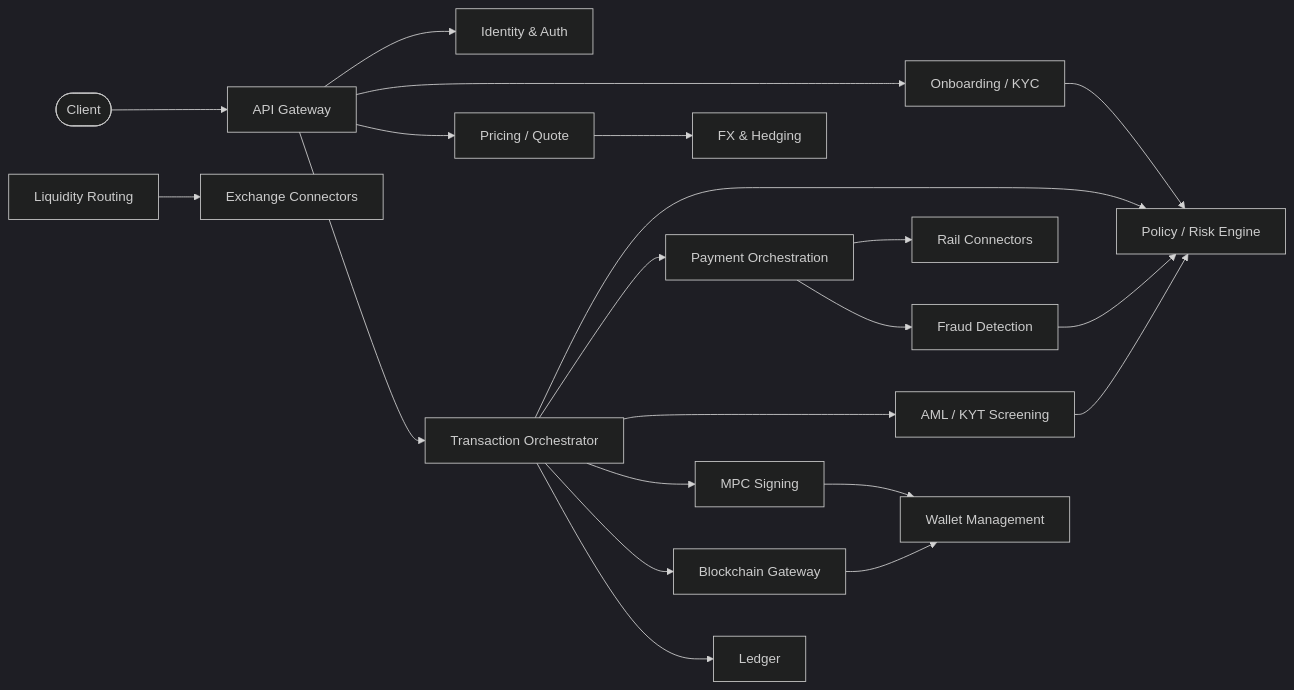
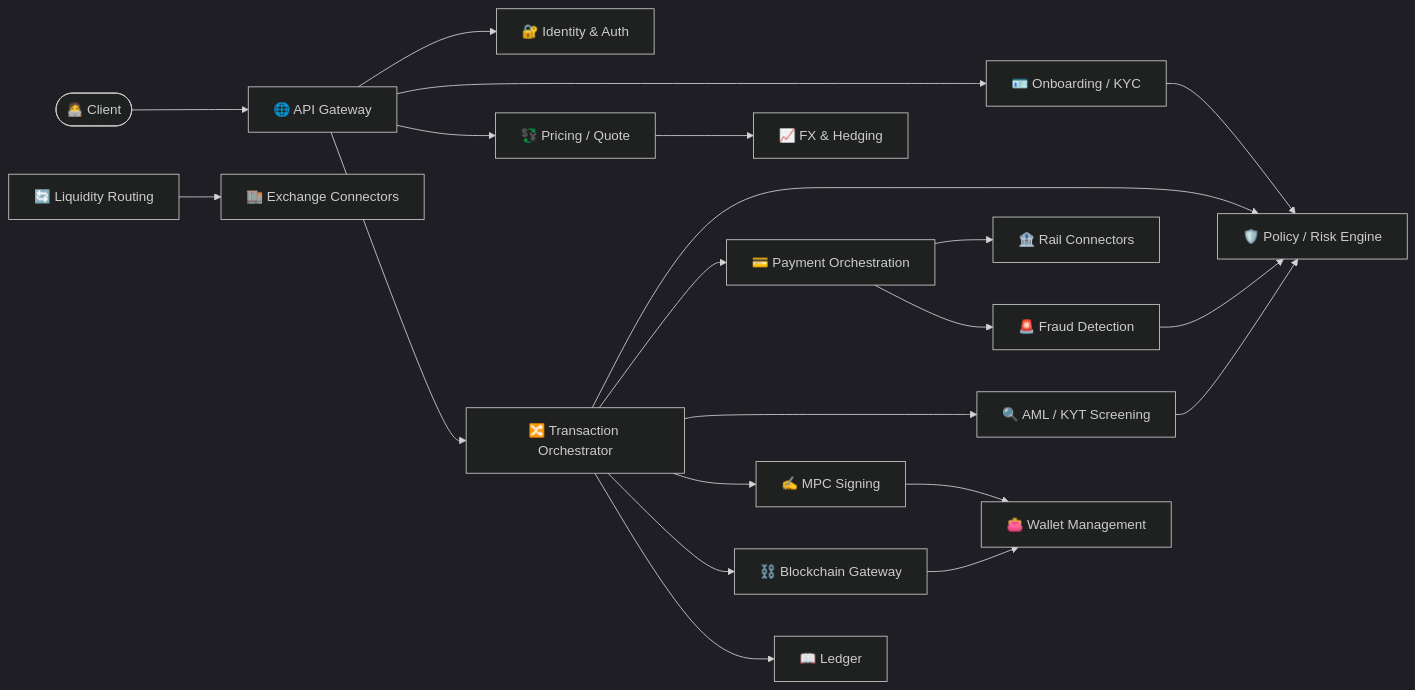
One commit to ai-crypto-onramp/.github changed the first of 2 diagrams in README.md. Above: the diagram before and after it, drawn with Mermaid (dark theme). The commit also changed other lines of this file, not shown here.

Commit message:
Add emojis for each service in architecture diagrams

````diff
--- a/README.md
+++ b/README.md
@@ -84,42 +84,42 @@
 ```mermaid
 flowchart LR
-    Client([Client])
-    GW[API Gateway]
-    AUTH[Identity & Auth]
-    KYC[Onboarding / KYC]
-    PRICE[Pricing / Quote]
-    ORCH[Transaction Orchestrator]
-    POLICY[Policy / Risk Engine]
-    FRAUD[Fraud Detection]
-    KYT[AML / KYT Screening]
-    PAY[Payment Orchestration]
-    RAILS[Rail Connectors]
-    FX[FX & Hedging]
-    MPC[MPC Signing]
-    WALLET[Wallet Management]
-    CHAIN[Blockchain Gateway]
-    LEDGER[Ledger]
-    LIQ[Liquidity Routing]
-    EXCH[Exchange Connectors]
+    Client([🧑‍💻 Client])
+    GW[🌐 API Gateway]
+    AUTH[🔐 Identity & Auth]
+    KYC[🪪 Onboarding / KYC]
+    PRICE[💱 Pricing / Quote]
+    ORCH[🔀 Transaction Orchestrator]
+    POLICY[🛡️ Policy / Risk Engine]
+    FRAUD[🚨 Fraud Detection]
+    KYT[🔍 AML / KYT Screening]
+    PAY[💳 Payment Orchestration]
+    RAILS[🏦 Rail Connectors]
+    FX[📈 FX & Hedging]
+    MPC[✍️ MPC Signing]
+    WALLET[👛 Wallet Management]
+    CHAIN[⛓️ Blockchain Gateway]
+    LEDGER[📖 Ledger]
+    LIQ[🔄 Liquidity Routing]
+    EXCH[🏬 Exchange Connectors]
 
     Client --> GW
     GW --> AUTH
     GW --> KYC
     GW --> PRICE
     GW --> ORCH
     KYC --> POLICY
     FRAUD --> POLICY
     KYT --> POLICY
     ORCH --> POLICY
     ORCH --> PAY
     ORCH --> KYT
     ORCH --> MPC
     ORCH --> CHAIN
     ORCH --> LEDGER
     PAY --> RAILS
     PAY --> FRAUD
     PRICE --> FX
     LIQ --> EXCH
     MPC --> WALLET
     CHAIN --> WALLET
 ```
````
